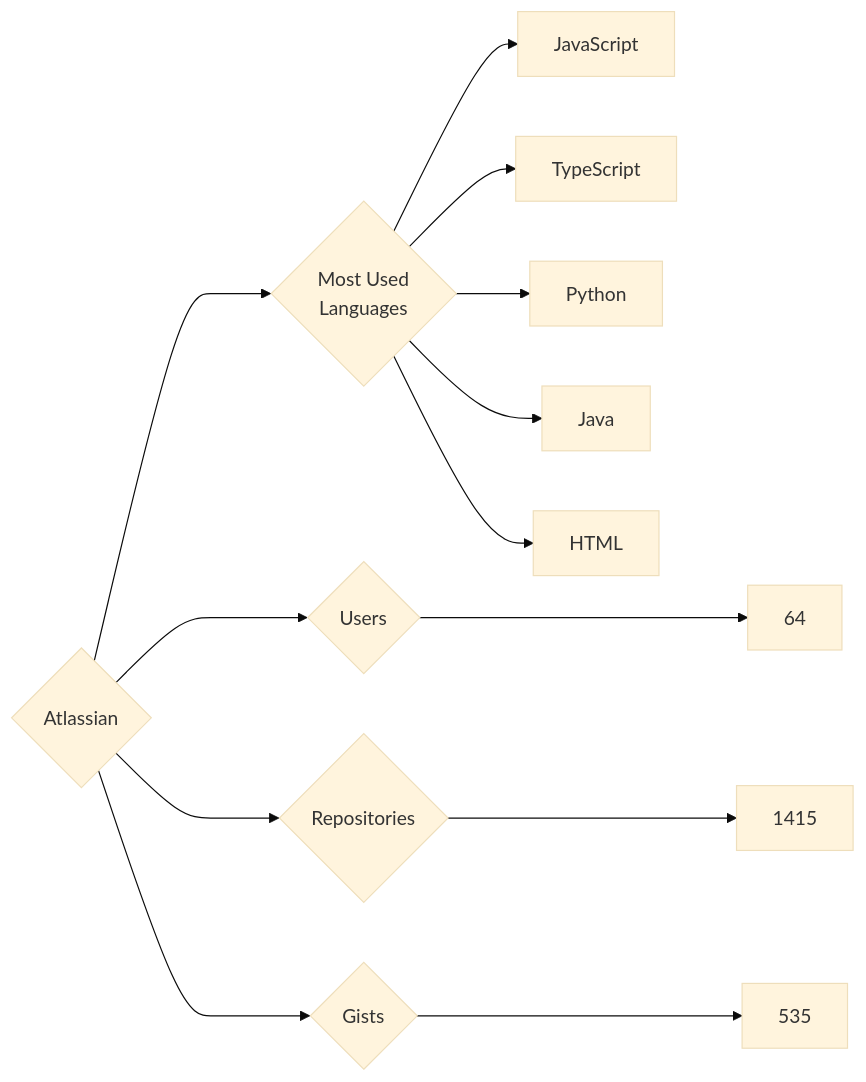
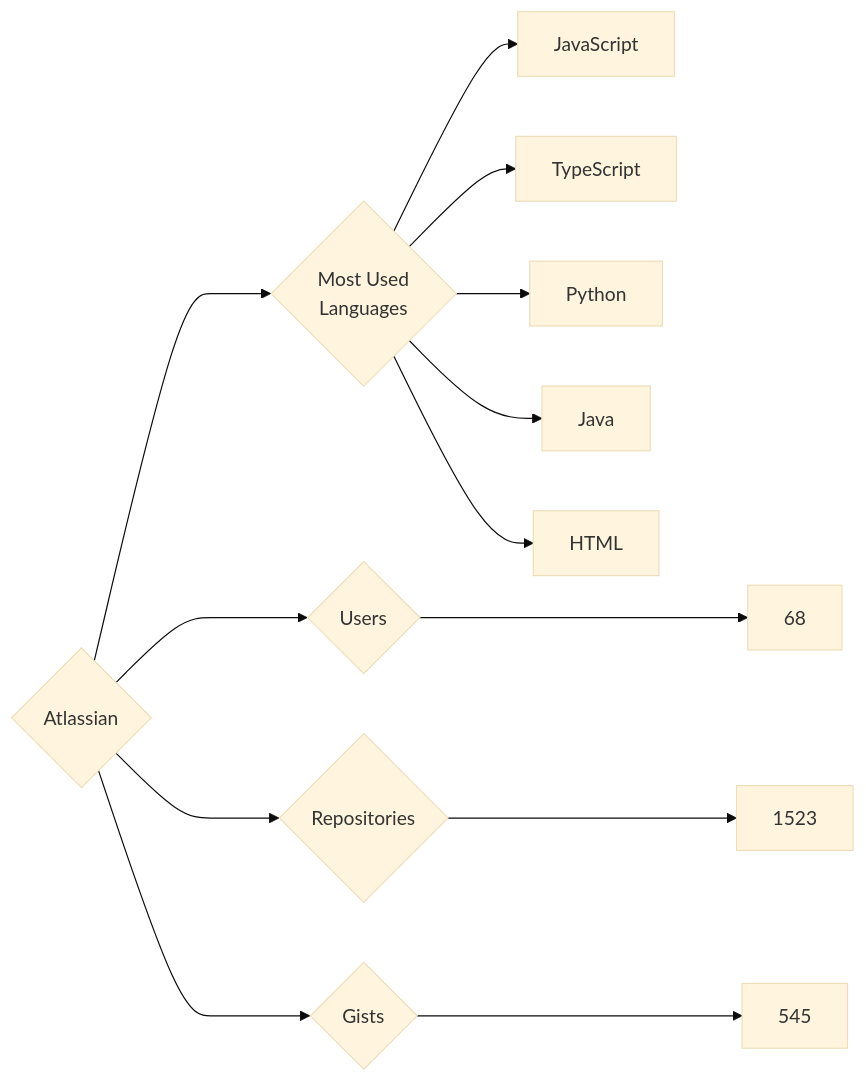
One commit to trickest/insiders changed the diagram in targets/Atlassian/README.md. Above: the diagram before and after it, drawn with Mermaid (base theme). The commit also changed 594 other files, not shown here.

````diff
--- a/targets/Atlassian/README.md
+++ b/targets/Atlassian/README.md
@@ -3,13 +3,13 @@
 ```mermaid
 graph LR
 COMPANY_NAME{Atlassian}
-COMPANY_NAME ---> U{Users} ---> UN[64]
-COMPANY_NAME ---> R{Repositories} ---> RN[1415]
-COMPANY_NAME ---> G{Gists} ---> GN[535]
+COMPANY_NAME ---> U{Users} ---> UN[68]
+COMPANY_NAME ---> R{Repositories} ---> RN[1523]
+COMPANY_NAME ---> G{Gists} ---> GN[545]
 COMPANY_NAME ---> ML{Most Used<br>Languages}
 ML --> JavaScript[JavaScript]
 ML --> TypeScript[TypeScript]
 ML --> Python[Python]
 ML --> Java[Java]
 ML --> HTML[HTML]
 ```
````
